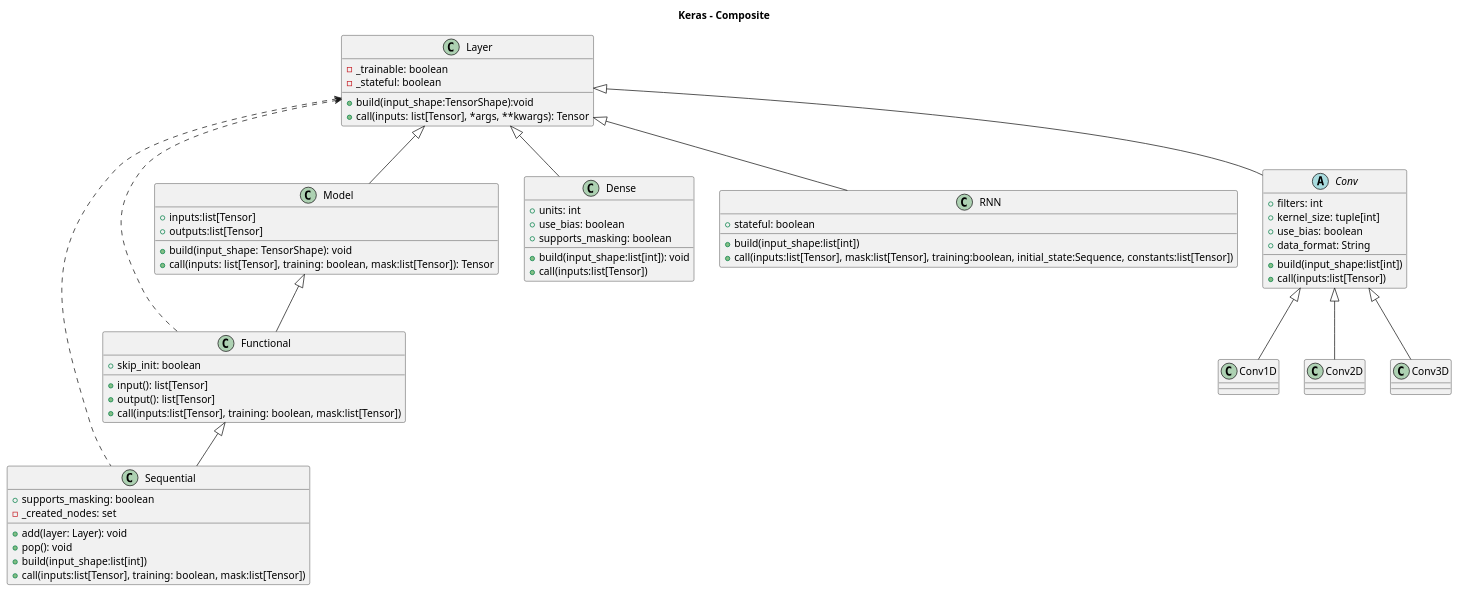
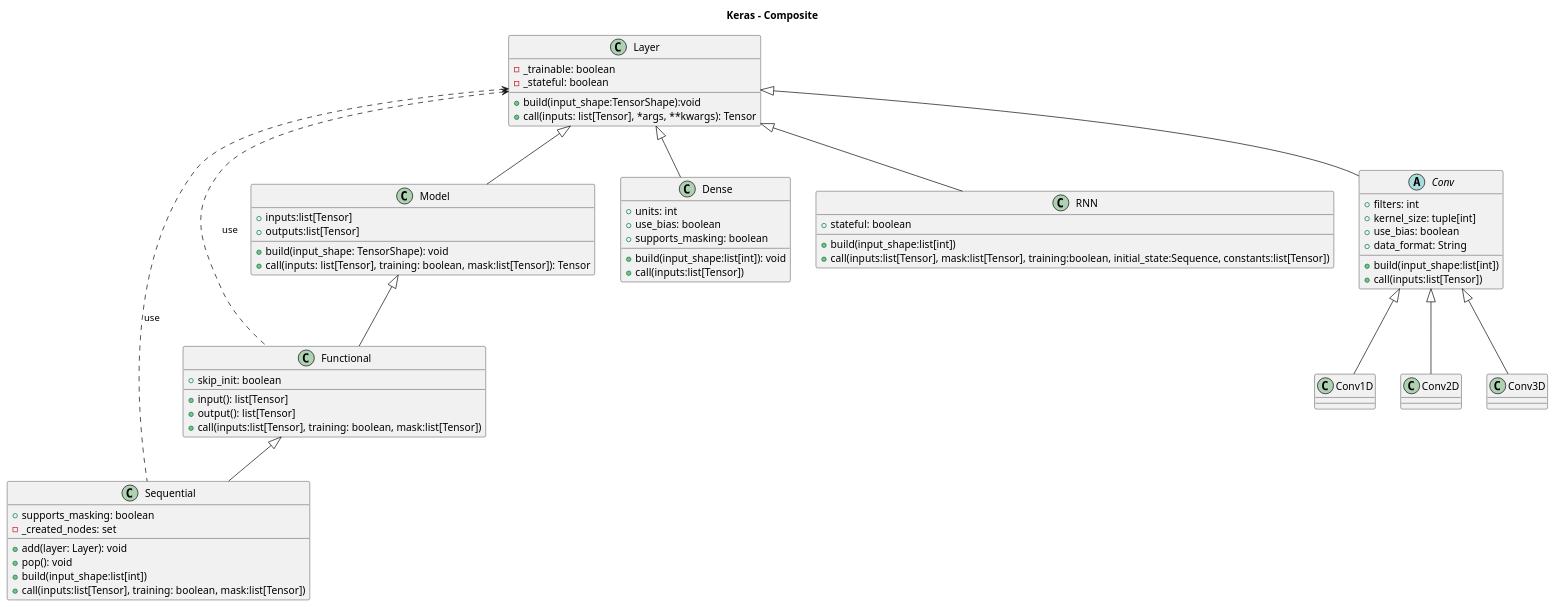
Before and after one commit to pholpaphankorn/keras_softarch_assignment: the diagram in uml_diagram/src/keras_Composite.puml, drawn with PlantUML. The commit also changed 3 other files, not shown here.

Commit message:
change arch diagram

```diff
--- a/uml_diagram/src/keras_Composite.puml
+++ b/uml_diagram/src/keras_Composite.puml
@@ -1,73 +1,73 @@
 @startuml
 
 title Keras - Composite
 
 class Layer {
     +build(input_shape:TensorShape):void
     +call(inputs: list[Tensor], *args, **kwargs): Tensor
     -_trainable: boolean
     -_stateful: boolean
 } 
 
 class Model extends Layer{
     +build(input_shape: TensorShape): void
     +call(inputs: list[Tensor], training: boolean, mask:list[Tensor]): Tensor
     +inputs:list[Tensor]
     +outputs:list[Tensor]
 }
 
 class Dense extends Layer {
     +build(input_shape:list[int]): void
     +call(inputs:list[Tensor])
     +units: int
     +use_bias: boolean
     +supports_masking: boolean
 }
 
 class RNN extends Layer {
     +build(input_shape:list[int])
     +call(inputs:list[Tensor], mask:list[Tensor], training:boolean, initial_state:Sequence, constants:list[Tensor])
     +stateful: boolean
 }
 
 abstract class Conv extends Layer {
     +build(input_shape:list[int])
     +call(inputs:list[Tensor])
     +filters: int
     +kernel_size: tuple[int]
     +use_bias: boolean
     +data_format: String
 }
 class Conv1D extends Conv{
     
 }
 class Conv2D extends Conv{
 
 }
 class Conv3D extends Conv{
     
 }
 
 class Functional extends Model {
     +input(): list[Tensor]
     +output(): list[Tensor]
     +call(inputs:list[Tensor], training: boolean, mask:list[Tensor])
     +skip_init: boolean
 }
 
 class Sequential extends Functional {
     +add(layer: Layer): void
     +pop(): void
     +build(input_shape:list[int])
     +call(inputs:list[Tensor], training: boolean, mask:list[Tensor])
     +supports_masking: boolean
     -_created_nodes: set
 
 }
 
-Sequential .left.> Layer
-Functional .left.> Layer
+Sequential .left.> Layer : use
+Functional .left.> Layer : use
 
 
 
 @enduml
```
